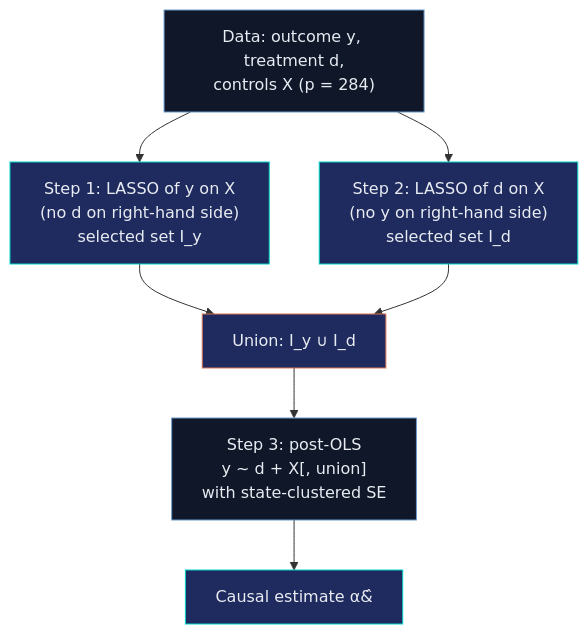
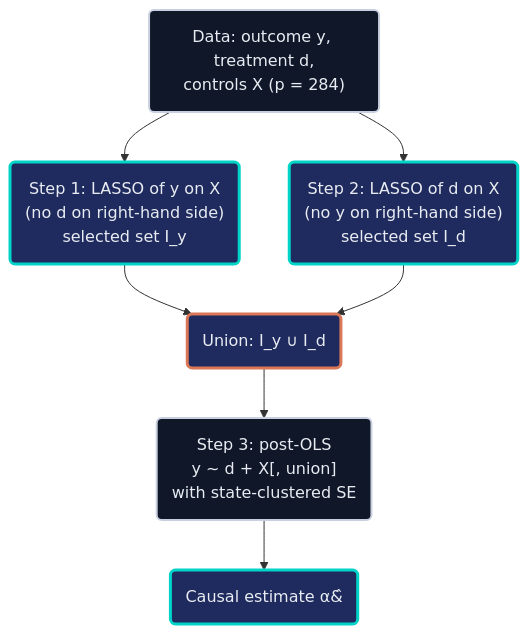
One commit to cmg777/starter-academic-v501 changed the first of 2 diagrams in content/post/r_double_lasso/tutorial.qmd. Above: the diagram before and after it, drawn with Mermaid. The commit also changed other lines of this file and 42 other files, not shown here.

First line of the commit message:
content(mermaid): restyle Mermaid copies in tutorial sources and the LaLonde slide deck

````diff
--- a/content/post/r_double_lasso/tutorial.qmd
+++ b/content/post/r_double_lasso/tutorial.qmd
@@ -719,15 +719,15 @@
 ```{mermaid}
 flowchart TD
-    A["Data: outcome y, treatment d,<br/>controls X (p = 284)"] --> B["Step 1: LASSO of y on X<br/>(no d on right-hand side)<br/>selected set I_y"]
-    A --> C["Step 2: LASSO of d on X<br/>(no y on right-hand side)<br/>selected set I_d"]
-    B --> D["Union: I_y &cup; I_d"]
+    A("Data: outcome y, treatment d,<br/>controls X (p = 284)") --> B("Step 1: LASSO of y on X<br/>(no d on right-hand side)<br/>selected set I_y")
+    A --> C("Step 2: LASSO of d on X<br/>(no y on right-hand side)<br/>selected set I_d")
+    B --> D("Union: I_y &cup; I_d")
     C --> D
-    D --> E["Step 3: post-OLS<br/>y ~ d + X[, union]<br/>with state-clustered SE"]
-    E --> F["Causal estimate &alpha;&#770;"]
-    style A fill:#0f1729,stroke:#6a9bcc,color:#e8ecf2
-    style B fill:#1f2b5e,stroke:#00d4c8,color:#e8ecf2
-    style C fill:#1f2b5e,stroke:#00d4c8,color:#e8ecf2
-    style D fill:#1f2b5e,stroke:#d97757,color:#e8ecf2
-    style E fill:#0f1729,stroke:#6a9bcc,color:#e8ecf2
-    style F fill:#1f2b5e,stroke:#00d4c8,color:#e8ecf2
+    D --> E("Step 3: post-OLS<br/>y ~ d + X[, union]<br/>with state-clustered SE")
+    E --> F("Causal estimate &alpha;&#770;")
+    classDef anchor fill:#0f1729,stroke:#c8d0e0,stroke-width:2px,color:#e8ecf2
+    classDef teal fill:#1f2b5e,stroke:#00d4c8,stroke-width:3px,color:#e8ecf2
+    classDef orange fill:#1f2b5e,stroke:#d97757,stroke-width:3px,color:#e8ecf2
+    class A,E anchor
+    class B,C,F teal
+    class D orange
 ```
````
